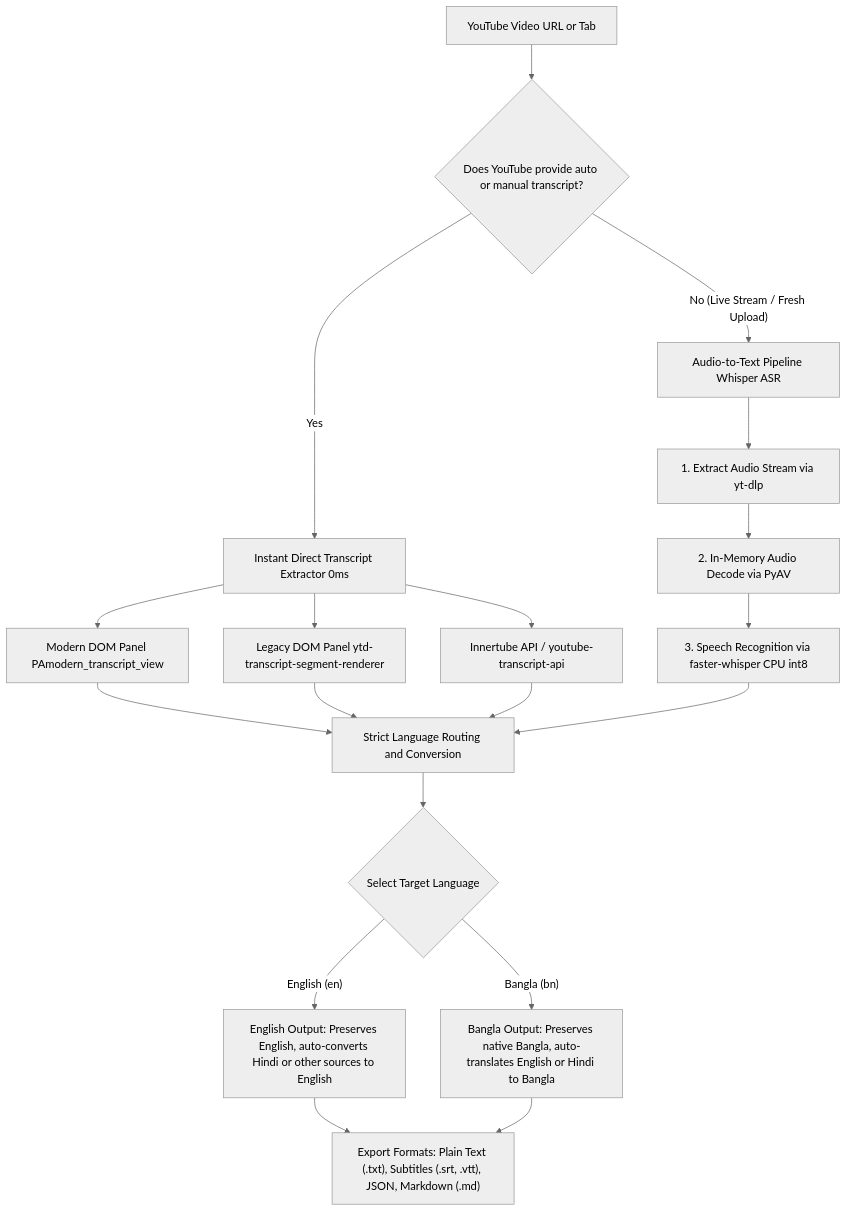
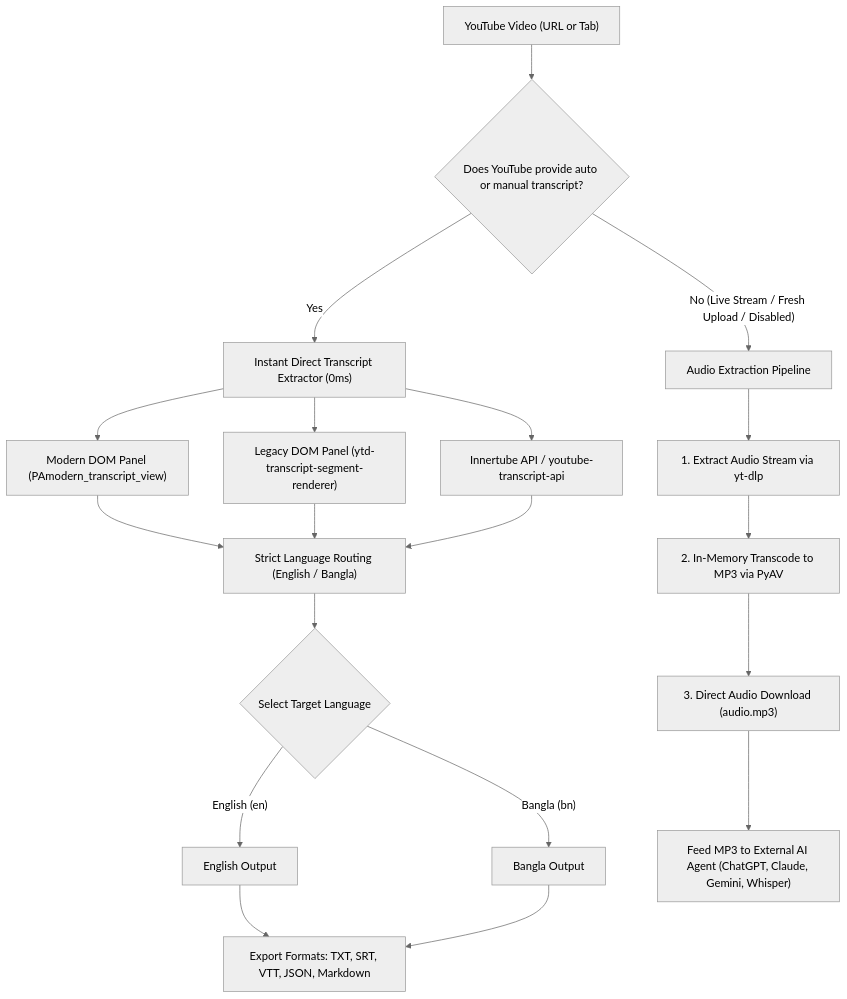
The diagram in README.md (AkmKawser/Youtube-Transcript-Scrapper), drawn with Mermaid (neutral theme) before and after one commit. The commit also changed other lines of this file and 8 other files, not shown here.

Commit message:
feat(arch): pivot architecture to direct caption copy + audio MP3 download for external AI agents

````diff
--- a/README.md
+++ b/README.md
@@ -22,29 +22,25 @@
 ```mermaid
 flowchart TD
-    Start["YouTube Video URL or Tab"] --> CheckCaptions{"Does YouTube provide auto or manual transcript?"}
+    Start["YouTube Video (URL or Tab)"] --> CheckCaptions{"Does YouTube provide auto or manual transcript?"}
     
     %% Path 1: Direct Caption Extraction
-    CheckCaptions -- "Yes" --> Direct["Instant Direct Transcript Extractor 0ms"]
-    Direct --> DOMModern["Modern DOM Panel PAmodern_transcript_view"]
-    Direct --> DOMLegacy["Legacy DOM Panel ytd-transcript-segment-renderer"]
+    CheckCaptions -- "Yes" --> Direct["Instant Direct Transcript Extractor (0ms)"]
+    Direct --> DOMModern["Modern DOM Panel (PAmodern_transcript_view)"]
+    Direct --> DOMLegacy["Legacy DOM Panel (ytd-transcript-segment-renderer)"]
     Direct --> InnertubeAPI["Innertube API / youtube-transcript-api"]
-    DOMModern --> LangRule["Strict Language Routing and Conversion"]
+    DOMModern --> LangRule["Strict Language Routing (English / Bangla)"]
     DOMLegacy --> LangRule
     InnertubeAPI --> LangRule
+    LangRule --> TargetChoice{"Select Target Language"}
+    TargetChoice -- "English (en)" --> OutEN["English Output"]
+    TargetChoice -- "Bangla (bn)" --> OutBN["Bangla Output"]
+    OutEN --> ExportFormats["Export Formats: TXT, SRT, VTT, JSON, Markdown"]
+    OutBN --> ExportFormats
 
-    %% Path 2: Audio Extraction & Whisper ASR Fallback
-    CheckCaptions -- "No (Live Stream / Fresh Upload)" --> ASR["Audio-to-Text Pipeline Whisper ASR"]
-    ASR --> AudioDL["1. Extract Audio Stream via yt-dlp"]
-    AudioDL --> AudioDec["2. In-Memory Audio Decode via PyAV"]
-    AudioDec --> WhisperTranscribe["3. Speech Recognition via faster-whisper CPU int8"]
-    WhisperTranscribe --> LangRule
-
-    %% Strict Language Transformation
-    LangRule --> TargetChoice{"Select Target Language"}
-    TargetChoice -- "English (en)" --> OutEN["English Output: Preserves English, auto-converts Hindi or other sources to English"]
-    TargetChoice -- "Bangla (bn)" --> OutBN["Bangla Output: Preserves native Bangla, auto-translates English or Hindi to Bangla"]
-
-    %% Export Formats
-    OutEN --> ExportFormats["Export Formats: Plain Text (.txt), Subtitles (.srt, .vtt), JSON, Markdown (.md)"]
-    OutBN --> ExportFormats
+    %% Path 2: Audio Extraction & MP3 Export
+    CheckCaptions -- "No (Live Stream / Fresh Upload / Disabled)" --> AudioPipe["Audio Extraction Pipeline"]
+    AudioPipe --> AudioDL["1. Extract Audio Stream via yt-dlp"]
+    AudioDL --> AudioDec["2. In-Memory Transcode to MP3 via PyAV"]
+    AudioDec --> AudioExport["3. Direct Audio Download (audio.mp3)"]
+    AudioExport --> AIAgent["Feed MP3 to External AI Agent (ChatGPT, Claude, Gemini, Whisper)"]
 ```
````
